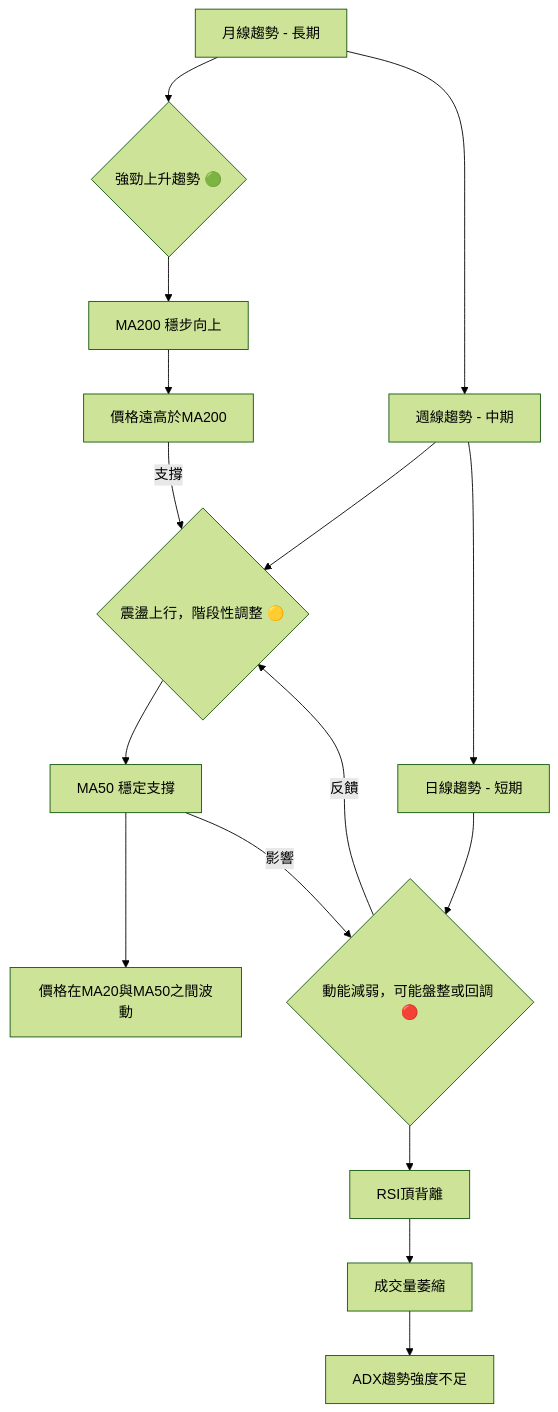
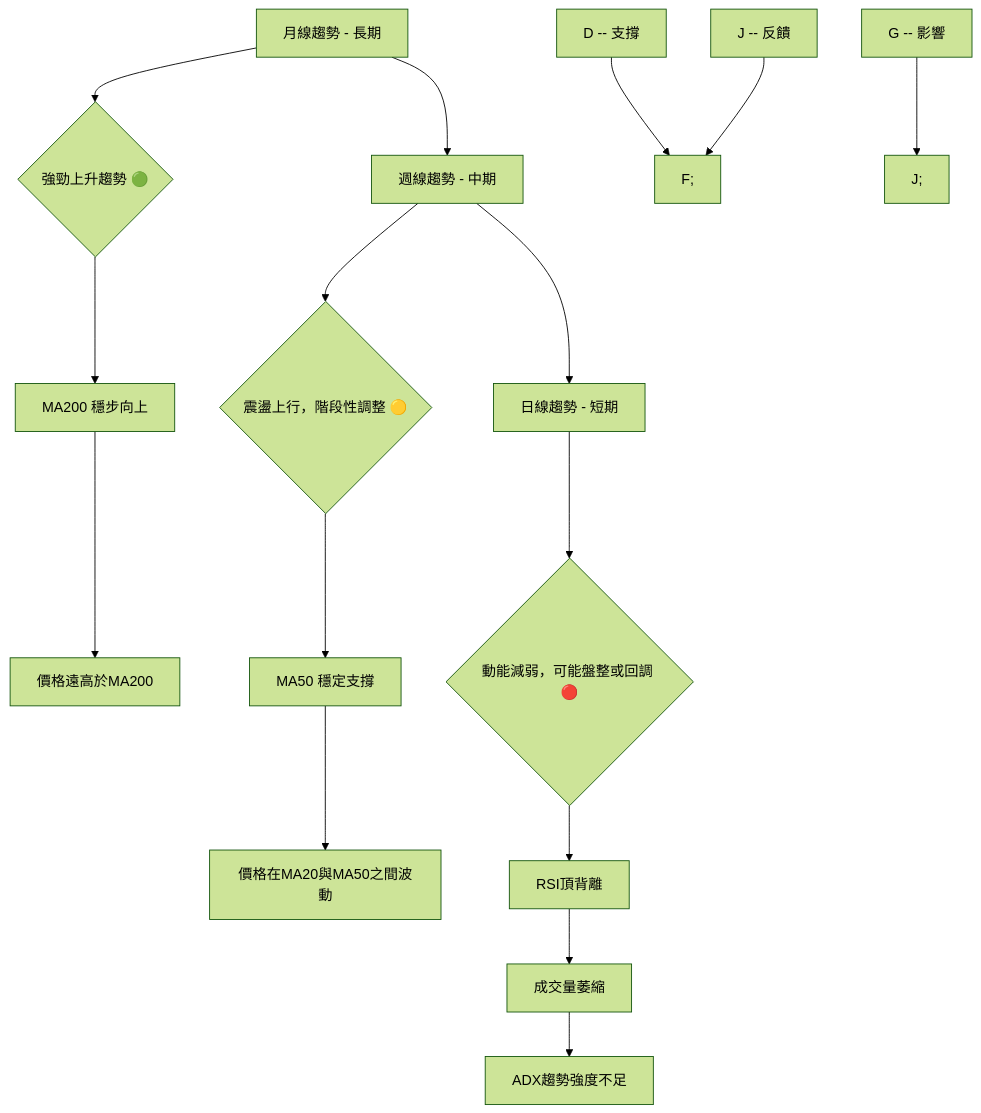
Before and after one commit to yennanliu/finance_data: the second of 4 diagrams in ai_gen_report/stock/tsm/technical_analysis_2026-05-30_gemini.md, drawn with Mermaid (forest theme). The commit also changed other lines of this file and 2258 other files, not shown here.

First line of the commit message:
chore: backfill Mermaid syntax repair across existing reports

````diff
--- a/ai_gen_report/stock/tsm/technical_analysis_2026-05-30_gemini.md
+++ b/ai_gen_report/stock/tsm/technical_analysis_2026-05-30_gemini.md
@@ -126,21 +126,21 @@
 ```mermaid
 graph TD
-    A[月線趨勢 - 長期] --> B{強勁上升趨勢 🟢};
-    B --> C[MA200 穩步向上];
-    C --> D[價格遠高於MA200];
+    A["月線趨勢 - 長期"] --> B{"強勁上升趨勢 🟢"};
+    B --> C["MA200 穩步向上"];
+    C --> D["價格遠高於MA200"];
 
-    A --> E[週線趨勢 - 中期];
-    E --> F{震盪上行，階段性調整 🟡};
-    F --> G[MA50 穩定支撐];
-    G --> H[價格在MA20與MA50之間波動];
+    A --> E["週線趨勢 - 中期"];
+    E --> F{"震盪上行，階段性調整 🟡"};
+    F --> G["MA50 穩定支撐"];
+    G --> H["價格在MA20與MA50之間波動"];
 
-    E --> I[日線趨勢 - 短期];
-    I --> J{動能減弱，可能盤整或回調 🔴};
-    J --> K[RSI頂背離];
-    K --> L[成交量萎縮];
-    L --> M[ADX趨勢強度不足];
+    E --> I["日線趨勢 - 短期"];
+    I --> J{"動能減弱，可能盤整或回調 🔴"};
+    J --> K["RSI頂背離"];
+    K --> L["成交量萎縮"];
+    L --> M["ADX趨勢強度不足"];
 
-    D -- 支撐 --> F;
-    G -- 影響 --> J;
-    J -- 反饋 --> F;
+    nb1["D -- 支撐"] --> nb2["F;"]
+    nb3["G -- 影響"] --> nb4["J;"]
+    nb5["J -- 反饋"] --> nb2["F;"]
 ```
````
